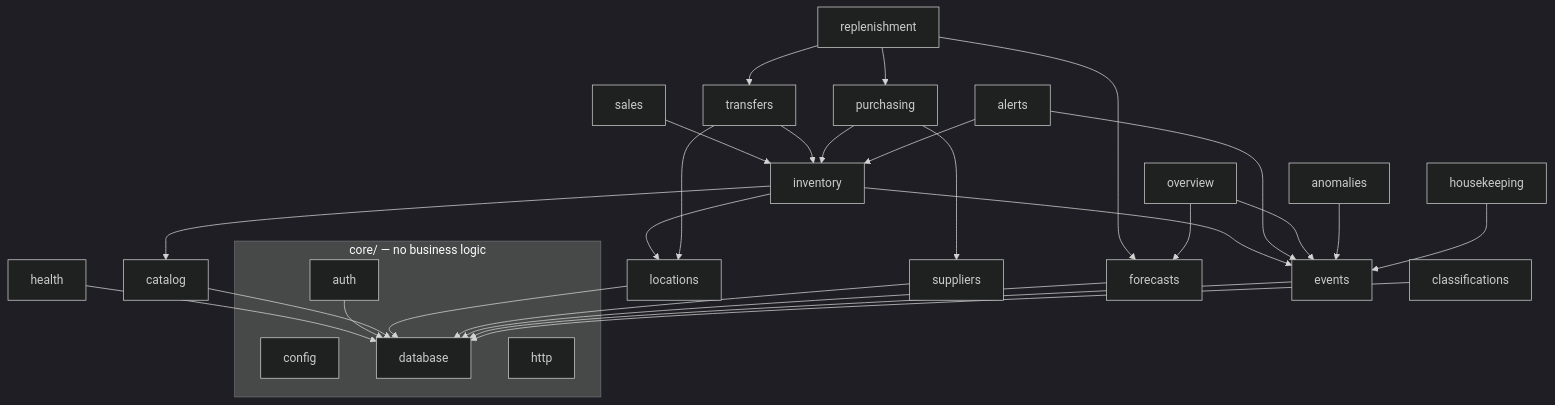
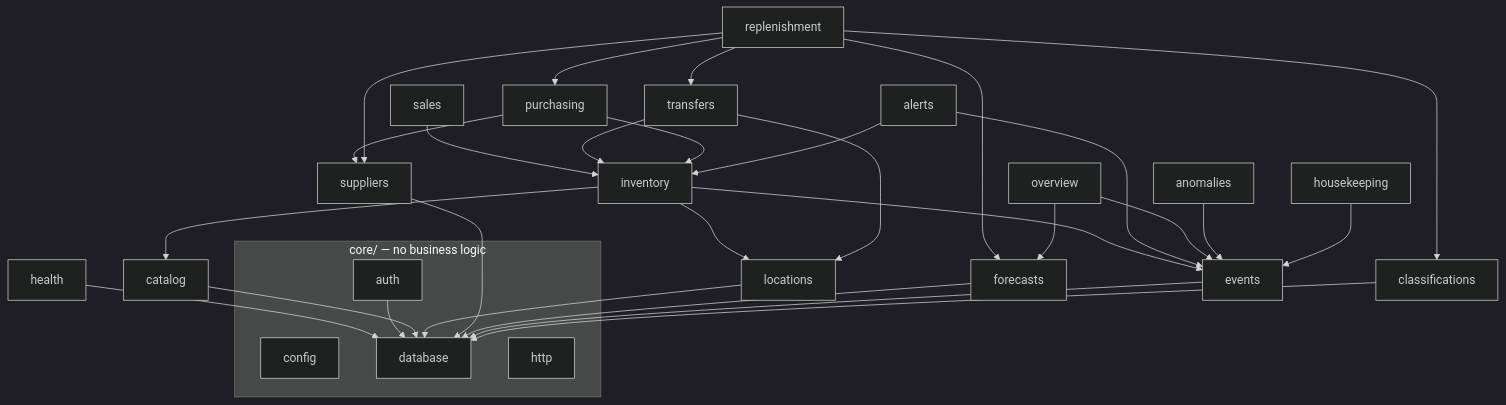
One commit to Hirockpaul/RetailPulse changed the second of 6 diagrams in docs/ARCHITECTURE.md. Above: the diagram before and after it, drawn with Mermaid (dark theme). The commit also changed other lines of this file and 16 other files, not shown here.

````diff
--- a/docs/ARCHITECTURE.md
+++ b/docs/ARCHITECTURE.md
@@ -69,23 +69,23 @@
 ```mermaid
 flowchart TB
   subgraph core[core/ — no business logic]
     config & database & http & auth
   end
   health --> database
   auth --> database
   catalog --> database
   locations --> database
   inventory --> catalog & locations & events
   sales --> inventory
   transfers --> inventory & locations
   purchasing --> inventory & suppliers
   suppliers --> database
   forecasts --> database
-  replenishment --> forecasts & purchasing & transfers
+  replenishment --> forecasts & purchasing & transfers & suppliers & classifications
   events --> database
   alerts --> events & inventory
   overview --> forecasts & events
   anomalies --> events
   classifications --> database
   housekeeping --> events
 ```
````
